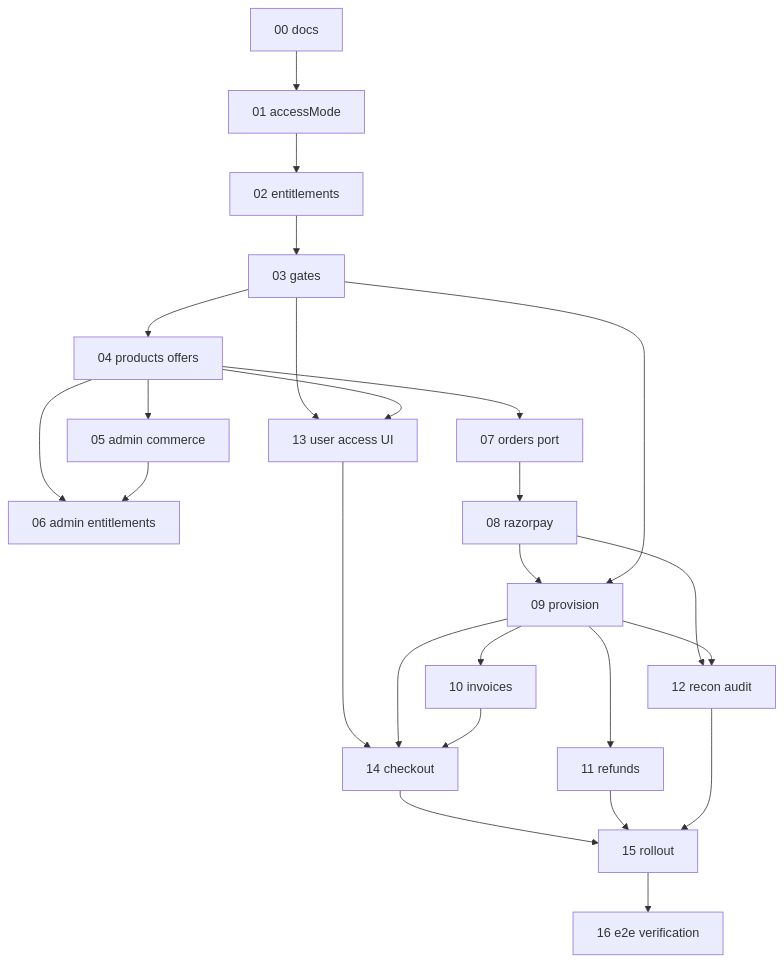
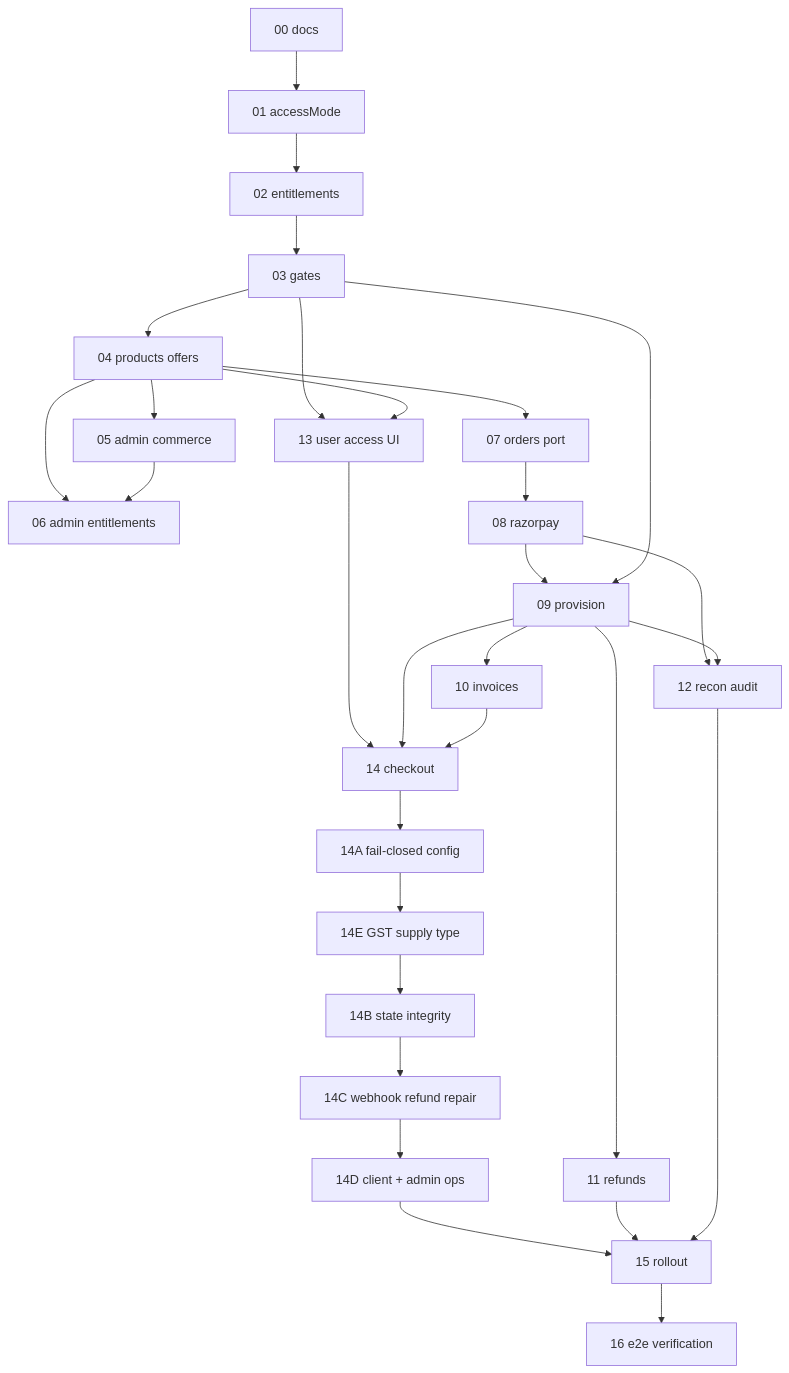
Before and after one commit to ez-prep-admin/ez-prep-api: the diagram in docs/payment-gateway/phases/README.md, drawn with Mermaid. The commit also changed other lines of this file and 18 other files, not shown here.

````diff
--- a/docs/payment-gateway/phases/README.md
+++ b/docs/payment-gateway/phases/README.md
@@ -42,27 +47,32 @@
 ```mermaid
 flowchart TB
   P00[00 docs] --> P01[01 accessMode]
   P01 --> P02[02 entitlements]
   P02 --> P03[03 gates]
   P03 --> P04[04 products offers]
   P04 --> P05[05 admin commerce]
   P04 --> P06[06 admin entitlements]
   P05 --> P06
   P04 --> P07[07 orders port]
   P07 --> P08[08 razorpay]
   P08 --> P09[09 provision]
   P03 --> P09
   P09 --> P10[10 invoices]
   P09 --> P11[11 refunds]
   P08 --> P12[12 recon audit]
   P09 --> P12
   P03 --> P13[13 user access UI]
   P04 --> P13
   P13 --> P14[14 checkout]
   P09 --> P14
   P10 --> P14
-  P14 --> P15[15 rollout]
+  P14 --> P14A[14A fail-closed config]
+  P14A --> P14E[14E GST supply type]
+  P14E --> P14B[14B state integrity]
+  P14B --> P14C[14C webhook refund repair]
+  P14C --> P14D[14D client + admin ops]
+  P14D --> P15[15 rollout]
   P11 --> P15
   P12 --> P15
   P15 --> P16[16 e2e verification]
 ```
````
